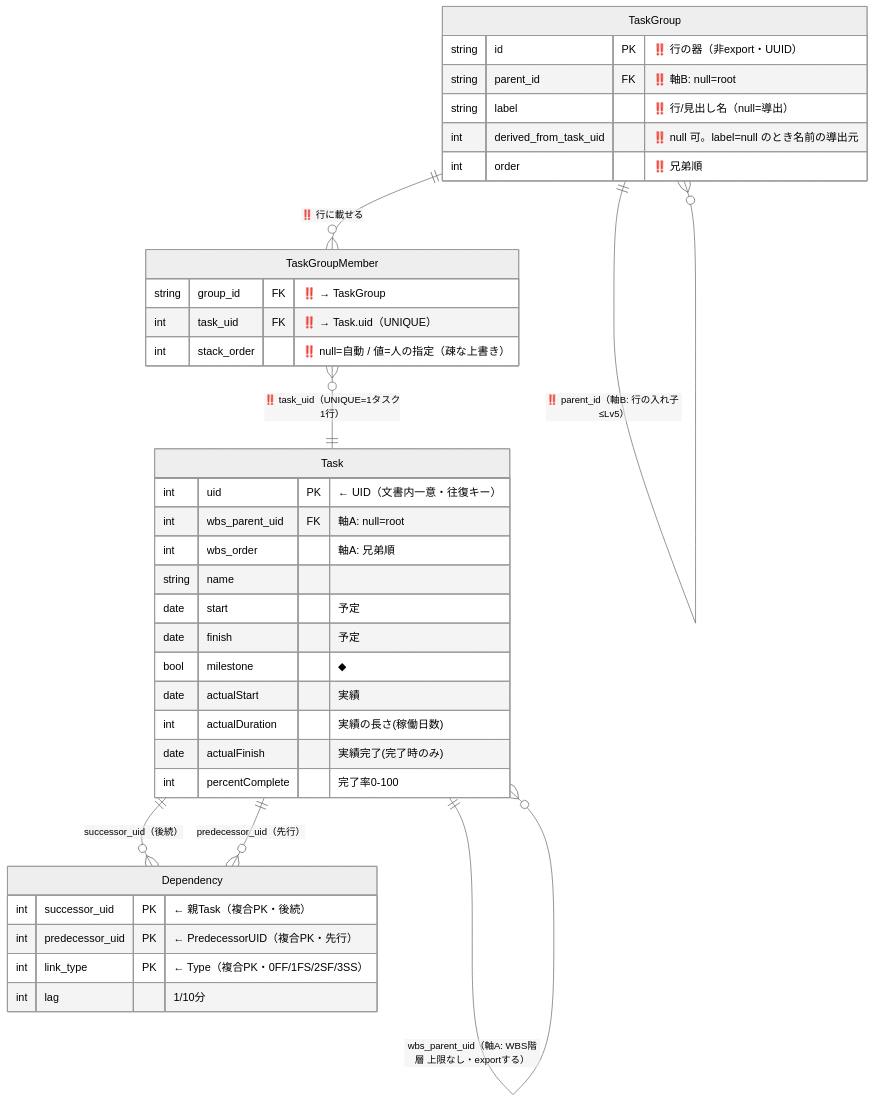
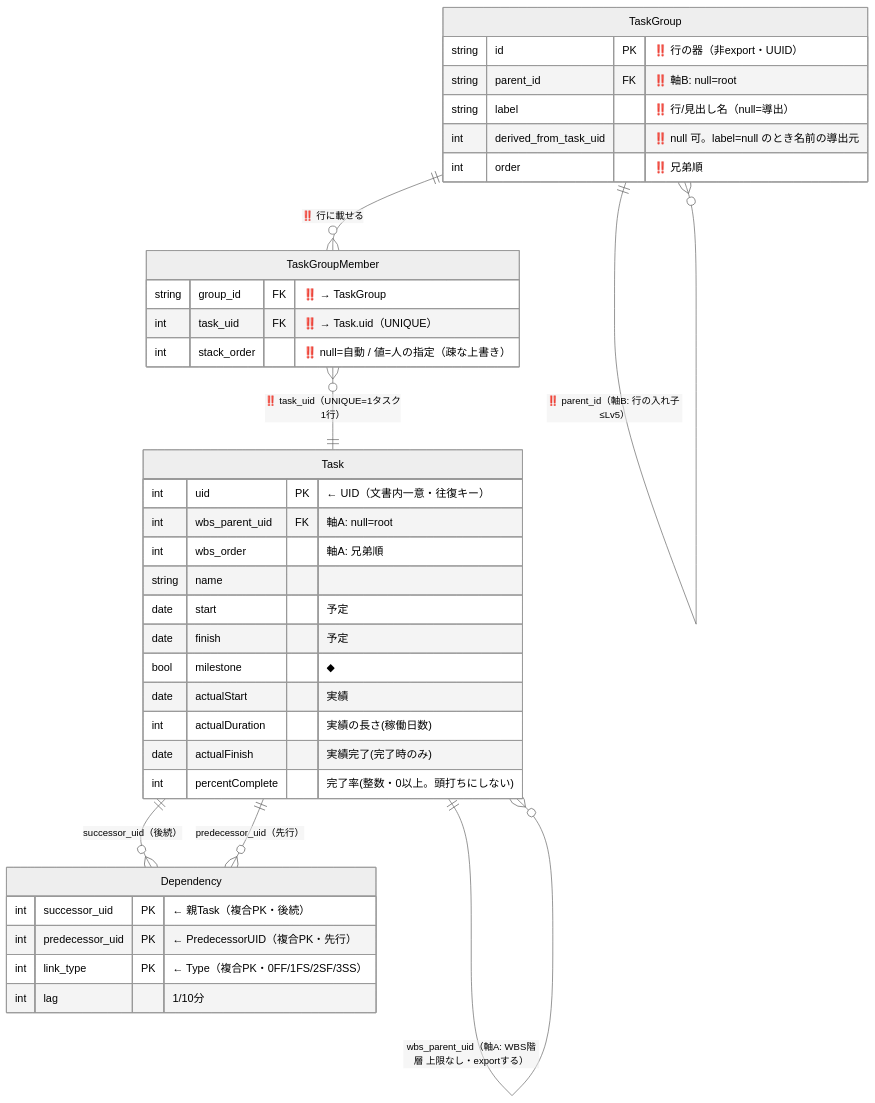
One commit to GoodRelax/gr-scheduler changed the first of 2 diagrams in handover/02-data-model/grs-native-erd-ja.md. Above: the diagram before and after it, drawn with Mermaid (neutral theme). The commit also changed other lines of this file and 11 other files, not shown here.

````diff
--- a/handover/02-data-model/grs-native-erd-ja.md
+++ b/handover/02-data-model/grs-native-erd-ja.md
@@ -142,41 +142,41 @@
 ```mermaid
 erDiagram
     Task ||--o{ Task : "wbs_parent_uid（軸A: WBS階層 上限なし・exportする）"
     TaskGroup ||--o{ TaskGroup : "‼️ parent_id（軸B: 行の入れ子 ≤Lv5）"
     TaskGroup ||--o{ TaskGroupMember : "‼️ 行に載せる"
     TaskGroupMember }o--|| Task : "‼️ task_uid（UNIQUE=1タスク1行）"
     Task ||--o{ Dependency : "successor_uid（後続）"
     Task ||--o{ Dependency : "predecessor_uid（先行）"
 
     Task {
         int uid PK "← UID（文書内一意・往復キー）"
         int wbs_parent_uid FK "軸A: null=root"
         int wbs_order "軸A: 兄弟順"
         string name
         date start "予定"
         date finish "予定"
         bool milestone "◆"
         date actualStart "実績"
         int actualDuration "実績の長さ(稼働日数)"
         date actualFinish "実績完了(完了時のみ)"
-        int percentComplete "完了率0-100"
+        int percentComplete "完了率(整数・0以上。頭打ちにしない)"
     }
     TaskGroup {
         string id PK "‼️ 行の器（非export・UUID）"
         string parent_id FK "‼️ 軸B: null=root"
         string label "‼️ 行/見出し名（null=導出）"
         int derived_from_task_uid "‼️ null 可。label=null のとき名前の導出元"
         int order "‼️ 兄弟順"
     }
     TaskGroupMember {
         string group_id FK "‼️ → TaskGroup"
         int task_uid FK "‼️ → Task.uid（UNIQUE）"
         int stack_order "‼️ null=自動 / 値=人の指定（疎な上書き）"
     }
     Dependency {
         int successor_uid PK "← 親Task（複合PK・後続）"
         int predecessor_uid PK "← PredecessorUID（複合PK・先行）"
         int link_type PK "← Type（複合PK・0FF/1FS/2SF/3SS）"
         int lag "1/10分"
     }
 ```
````
